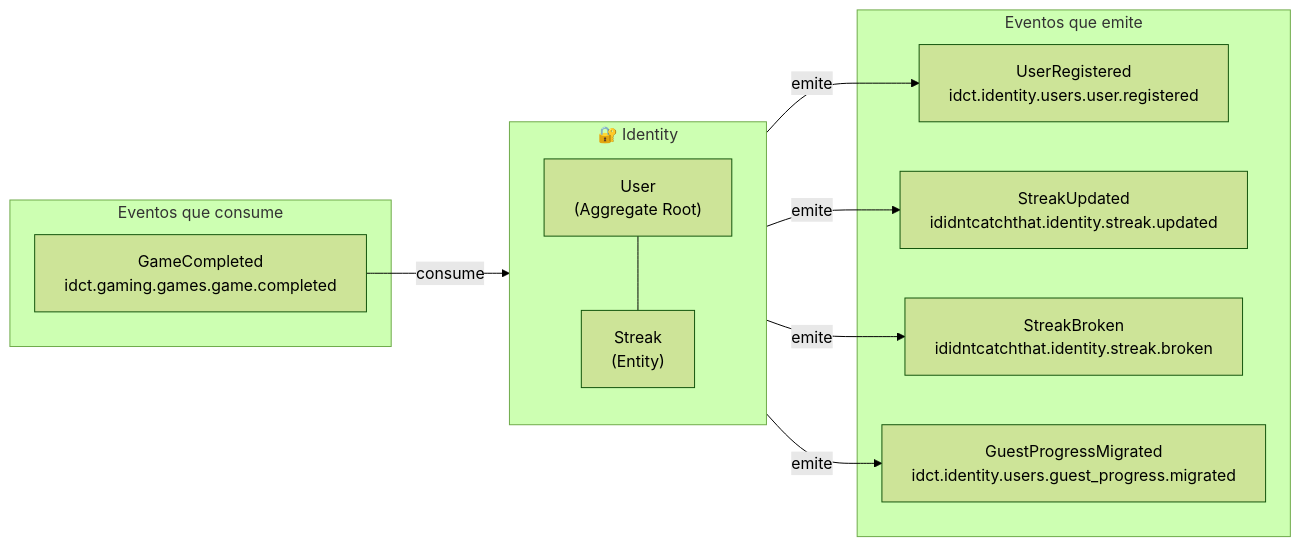
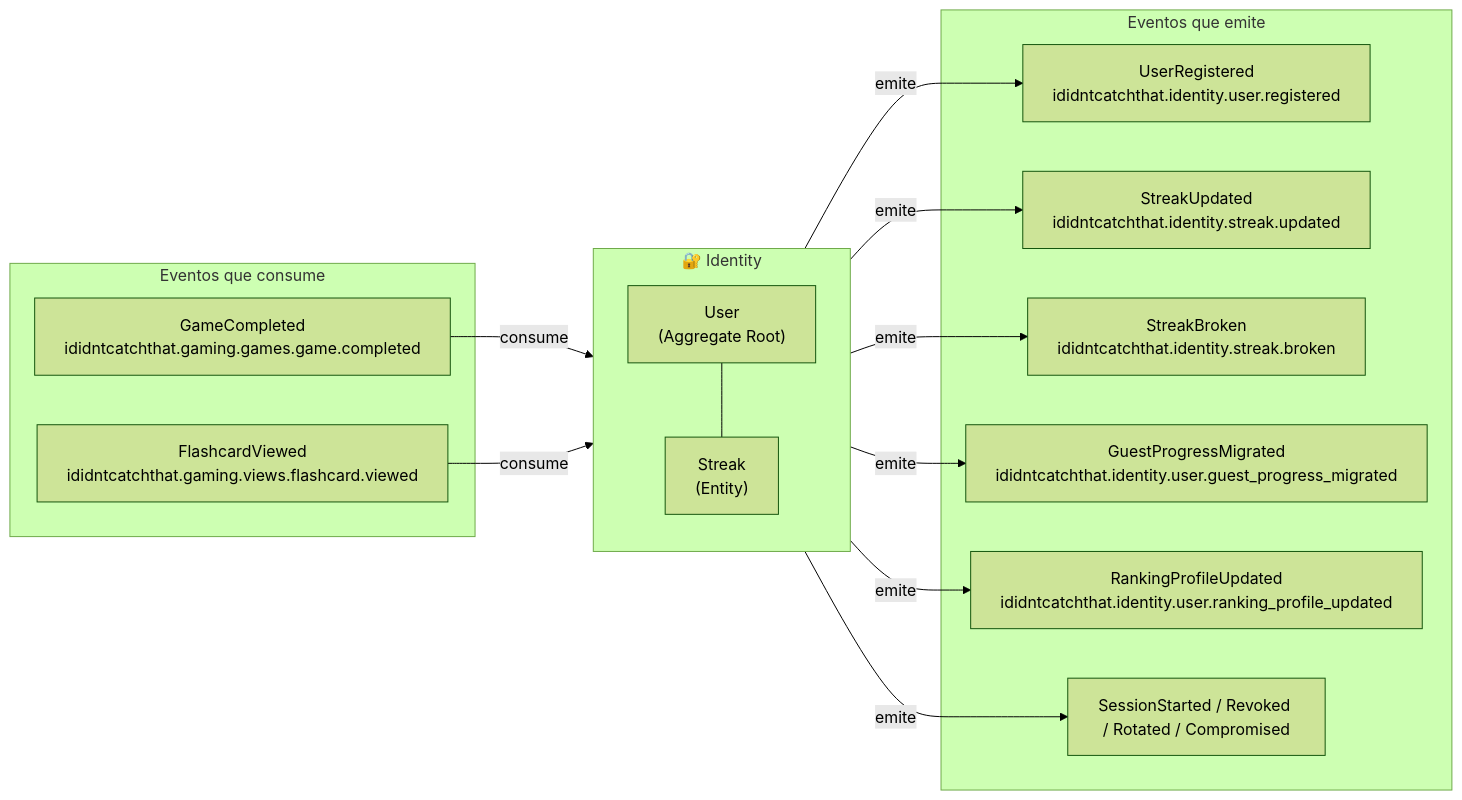
The first of 7 diagrams in docs/domain/bounded-contexts-detail.md (AbrahamVilchesDeLaCruz/ididntcatchthat), drawn with Mermaid (forest theme) before and after one commit. The commit also changed other lines of this file and 4 other files, not shown here.

First line of the commit message:
docs(identity): sync streak flashcard consumer and session events

````diff
--- a/docs/domain/bounded-contexts-detail.md
+++ b/docs/domain/bounded-contexts-detail.md
@@ -11,25 +11,31 @@
 ```mermaid
 graph LR
     subgraph Identity ["🔐 Identity"]
         User["User\n(Aggregate Root)"]
         Streak["Streak\n(Entity)"]
         User --- Streak
     end
 
     subgraph Emits ["Eventos que emite"]
-        E1["UserRegistered\nidct.identity.users.user.registered"]
+        E1["UserRegistered\nididntcatchthat.identity.user.registered"]
         E2["StreakUpdated\nididntcatchthat.identity.streak.updated"]
         E3["StreakBroken\nididntcatchthat.identity.streak.broken"]
-        E4["GuestProgressMigrated\nidct.identity.users.guest_progress.migrated"]
+        E4["GuestProgressMigrated\nididntcatchthat.identity.user.guest_progress_migrated"]
+        E5["RankingProfileUpdated\nididntcatchthat.identity.user.ranking_profile_updated"]
+        E6["SessionStarted / Revoked / Rotated / Compromised"]
     end
 
     subgraph Consumes ["Eventos que consume"]
-        C1["GameCompleted\nidct.gaming.games.game.completed"]
+        C1["GameCompleted\nididntcatchthat.gaming.games.game.completed"]
+        C2["FlashcardViewed\nididntcatchthat.gaming.views.flashcard.viewed"]
     end
 
     Identity -->|emite| E1
     Identity -->|emite| E2
     Identity -->|emite| E3
     Identity -->|emite| E4
+    Identity -->|emite| E5
+    Identity -->|emite| E6
     C1 -->|consume| Identity
+    C2 -->|consume| Identity
 ```
````
